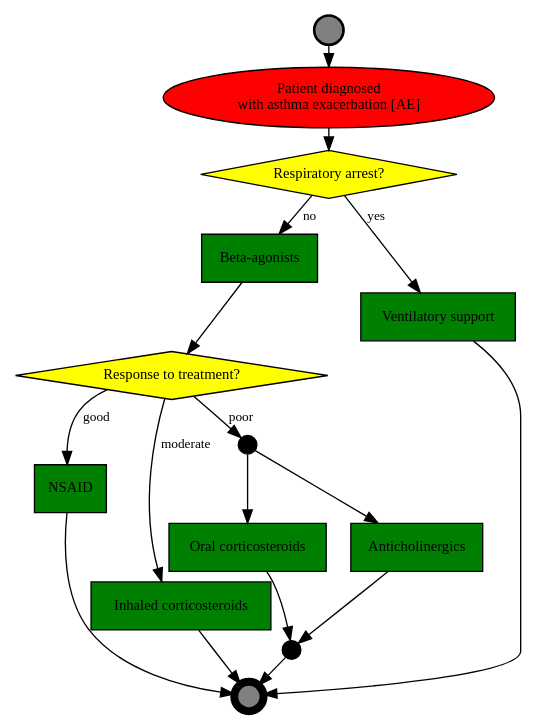
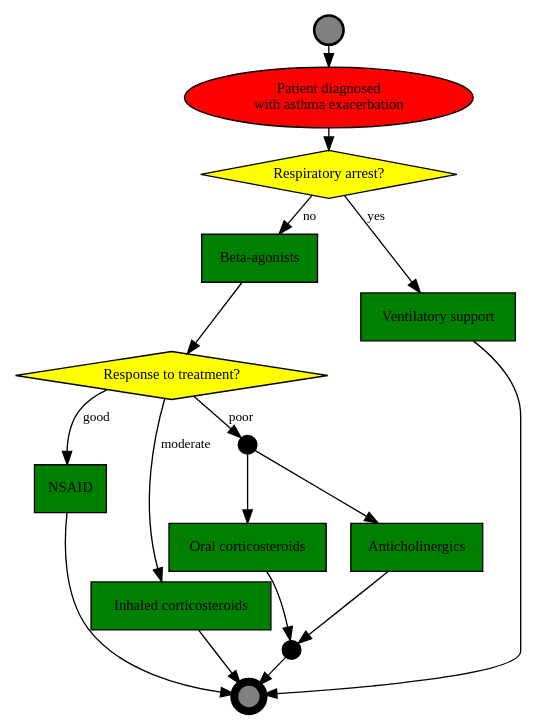
Before and after one commit to dradka/Program: the diagram in algorytmy/asthma.dot, drawn with Graphviz. The commit also changed 4 other files, not shown here.

```diff
--- a/algorytmy/asthma.dot
+++ b/algorytmy/asthma.dot
@@ -1,41 +1,41 @@
 digraph AE {
 	ranksep=0.1;
 	node [shape=box, style=filled, fillcolor=green, fontname=Calibri, fontsize=11];
 	edge [fontname="Calibri Italic", fontsize=10];
 
 	// Context
-	c_ae [label="Patient diagnosed \n with asthma exacerbation [AE]", shape=oval, style=filled, fillcolor=red];
+	c_ae [label="Patient diagnosed \n with asthma exacerbation", shape=oval, style=filled, fillcolor=red];
 	
 	// Event nodes
 	e_start [shape=circle, label="", width=0.3, penwidth=2, fillcolor="gray"];
 	e_end [shape=circle, label="", width=0.3, penwidth=6, fillcolor="gray"];
 	
 	// Action nodes
 	a_beta_agonists [label="Beta-agonists"];
 	a_nsaid [label="NSAID"];
 	a_inh_cortico [label="Inhaled corticosteroids"];
 	a_oral_cortico [label="Oral corticosteroids"];
 	a_anti [label="Anticholinergics"];
 	a_vent_support [label="Ventilatory support"];
 	// Decisions
 	d_arrest [shape=diamond, fillcolor=yellow, label="Respiratory arrest?"];
 	d_response [shape=diamond, fillcolor=yellow, label="Response to treatment?"];
 	// Parallel
 	p1 [shape=circle, label="", width=0.2, fillcolor=black];
 	p2 [shape=circle, label="", width=0.2, fillcolor=black];
 
 	// Arcs
 	e_start -> c_ae -> d_arrest;
 	d_arrest -> a_vent_support [label="yes"];
 	a_vent_support -> e_end;
 	d_arrest -> a_beta_agonists [label="no"];
 	a_beta_agonists -> d_response;
 	d_response -> a_nsaid [label="good"];
 	a_nsaid -> e_end;
 	d_response -> a_inh_cortico [label="moderate"];
 	a_inh_cortico-> e_end;
 	d_response -> p1 [label="poor"];
 	p1 -> a_oral_cortico -> p2;
 	p1 -> a_anti -> p2;
 	p2 -> e_end;
 }
```
